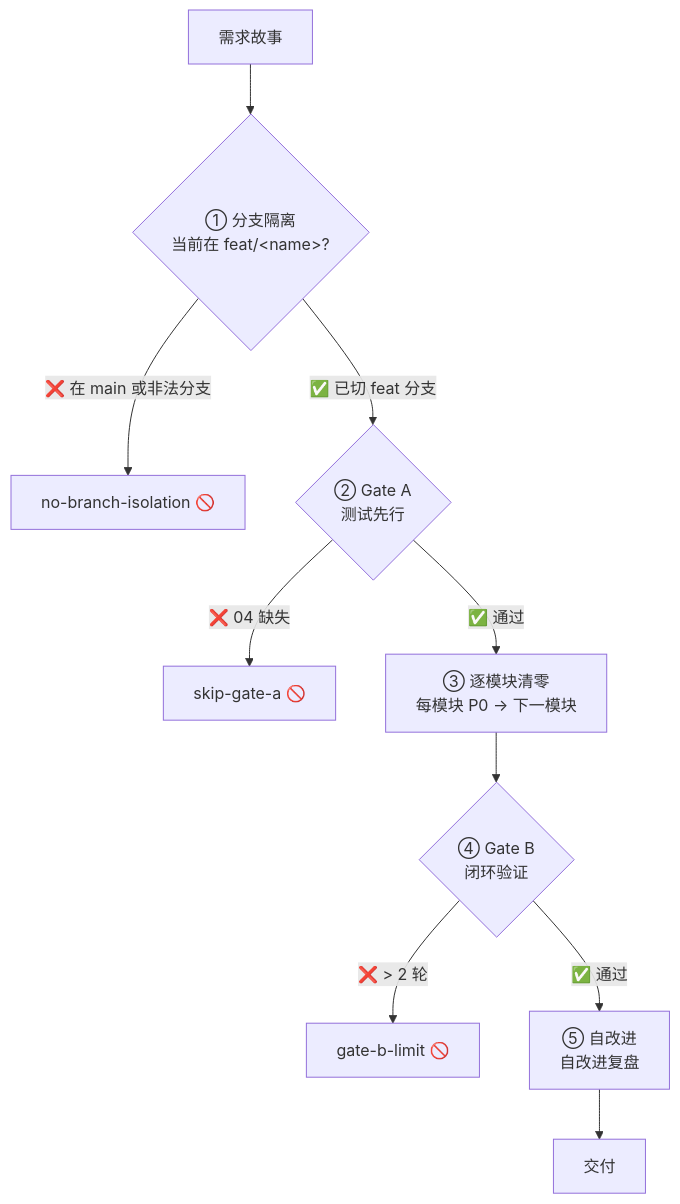
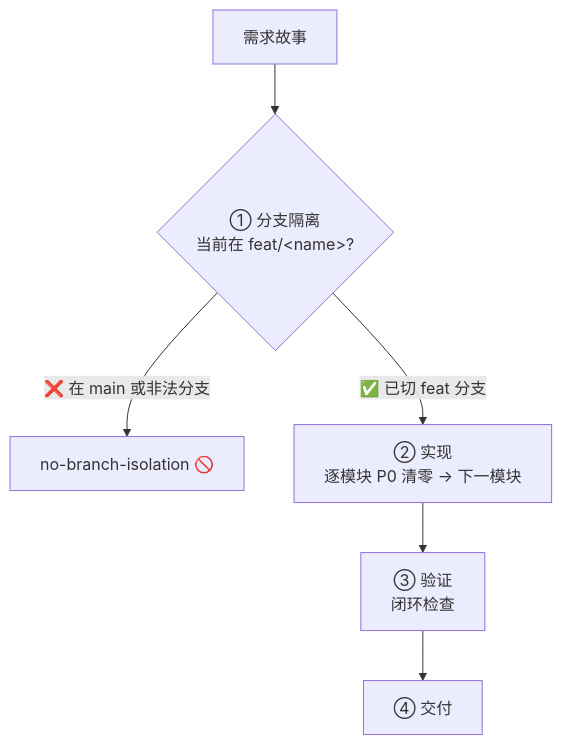
The first of 14 diagrams in rules/code-pipeline.md (effiy/YrY), drawn with Mermaid before and after one commit. The commit also changed other lines of this file and 37 other files, not shown here.

````diff
--- a/rules/code-pipeline.md
+++ b/rules/code-pipeline.md
@@ -38,13 +41,9 @@
 ```mermaid
 flowchart TB
     REQ["需求故事"]:::src --> BR{"① 分支隔离<br/>当前在 feat/&lt;name&gt;?"}
     BR -->|"❌ 在 main 或非法分支"| X0["no-branch-isolation 🚫"]:::block
-    BR -->|"✅ 已切 feat 分支"| GA{"② Gate A<br/>测试先行"}
-    GA -->|"❌ 04 缺失"| X1["skip-gate-a 🚫"]:::block
-    GA -->|"✅ 通过"| MOD["③ 逐模块清零<br/>每模块 P0 → 下一模块"]:::phase
-    MOD --> GB{"④ Gate B<br/>闭环验证"}
-    GB -->|"❌ > 2 轮"| X2["gate-b-limit 🚫"]:::block
-    GB -->|"✅ 通过"| SI["⑤ 自改进<br/>自改进复盘"]:::phase
-    SI --> DONE["交付"]:::done
+    BR -->|"✅ 已切 feat 分支"| MOD["② 实现<br/>逐模块 P0 清零 → 下一模块"]:::phase
+    MOD --> VERIFY["③ 验证<br/>闭环检查"]:::phase
+    VERIFY --> DONE["④ 交付"]:::done
 
 ```
````
